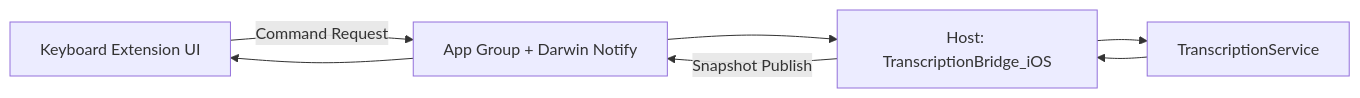
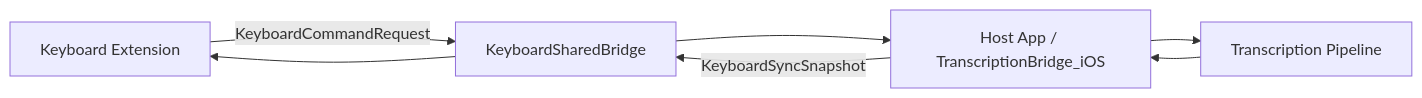
Before and after one commit to yaktypeinput-bit/YakType-Input-Release: the first of 2 diagrams in ios/Host-Keyboard-Communication-StateMachine.md, drawn with Mermaid. The commit also changed other lines of this file and 13 other files, not shown here.

````diff
--- a/ios/Host-Keyboard-Communication-StateMachine.md
+++ b/ios/Host-Keyboard-Communication-StateMachine.md
@@ -29,9 +15,9 @@
 ```mermaid
 flowchart LR
-  K[Keyboard Extension UI] -->|Command Request| G[App Group + Darwin Notify]
-  G --> H[Host: TranscriptionBridge_iOS]
-  H --> T[TranscriptionService]
+  K["Keyboard Extension"] -->|KeyboardCommandRequest| B["KeyboardSharedBridge"]
+  B --> H["Host App / TranscriptionBridge_iOS"]
+  H --> T["Transcription Pipeline"]
   T --> H
-  H -->|Snapshot Publish| G
-  G --> K
+  H -->|KeyboardSyncSnapshot| B
+  B --> K
 ```
````
